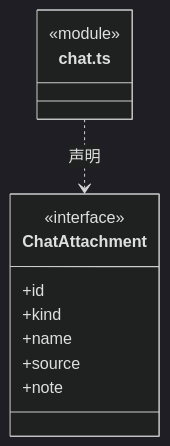
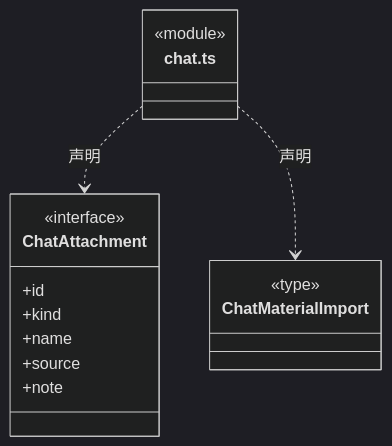
The fifth of 21 diagrams in src/bridge/contracts/ARCHITECTURE.md (nan023062/cbim), drawn with Mermaid (dark theme) before and after one commit. The commit also changed other lines of this file and 64 other files, not shown here.

````diff
--- a/src/bridge/contracts/ARCHITECTURE.md
+++ b/src/bridge/contracts/ARCHITECTURE.md
@@ -107,15 +107,20 @@
 ```mermaid
 classDiagram
 class N_src_bridge_contracts_chat_ts["chat.ts"] {
   <<module>>
 }
 class N_src_bridge_contracts_chat_ts_ChatAttachment["ChatAttachment"] {
   <<interface>>
   +id
   +kind
   +name
   +source
   +note
 }
 N_src_bridge_contracts_chat_ts ..> N_src_bridge_contracts_chat_ts_ChatAttachment : 声明
+class N_src_bridge_contracts_chat_ts_ChatMaterialImport["ChatMaterialImport"] {
+  <<type>>
+
+}
+N_src_bridge_contracts_chat_ts ..> N_src_bridge_contracts_chat_ts_ChatMaterialImport : 声明
 ```
````
